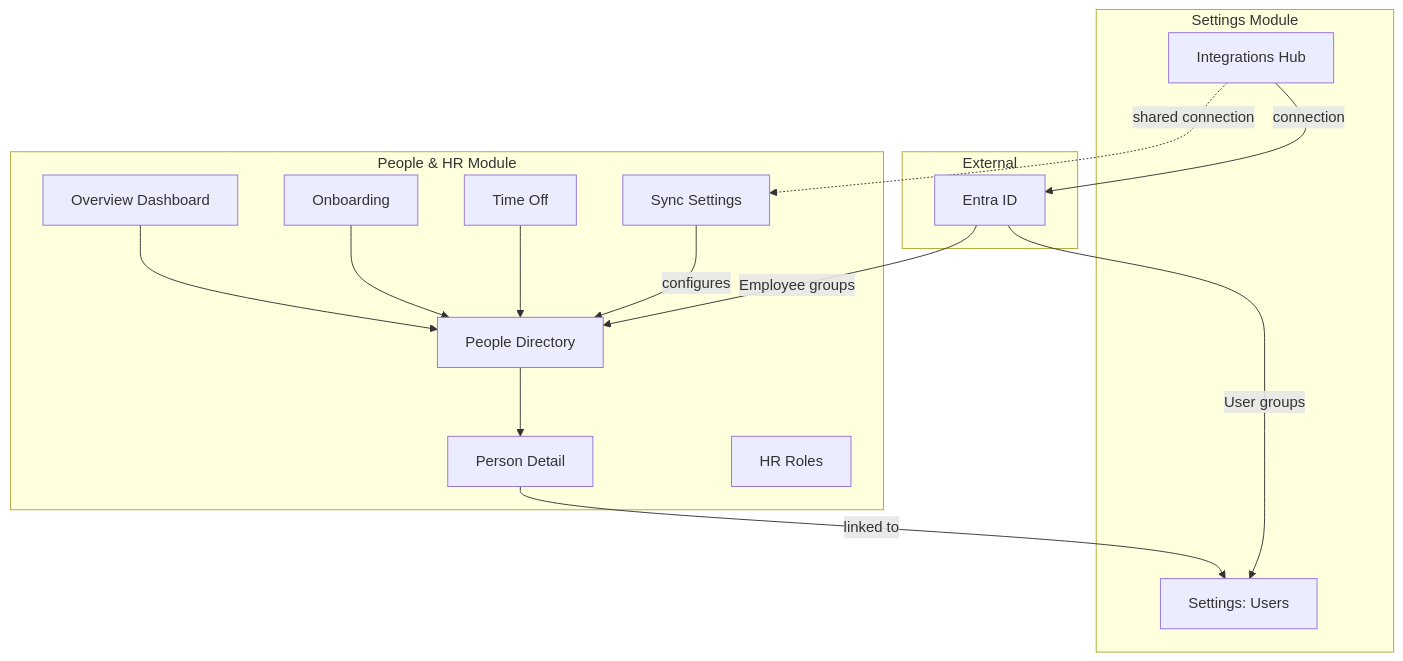
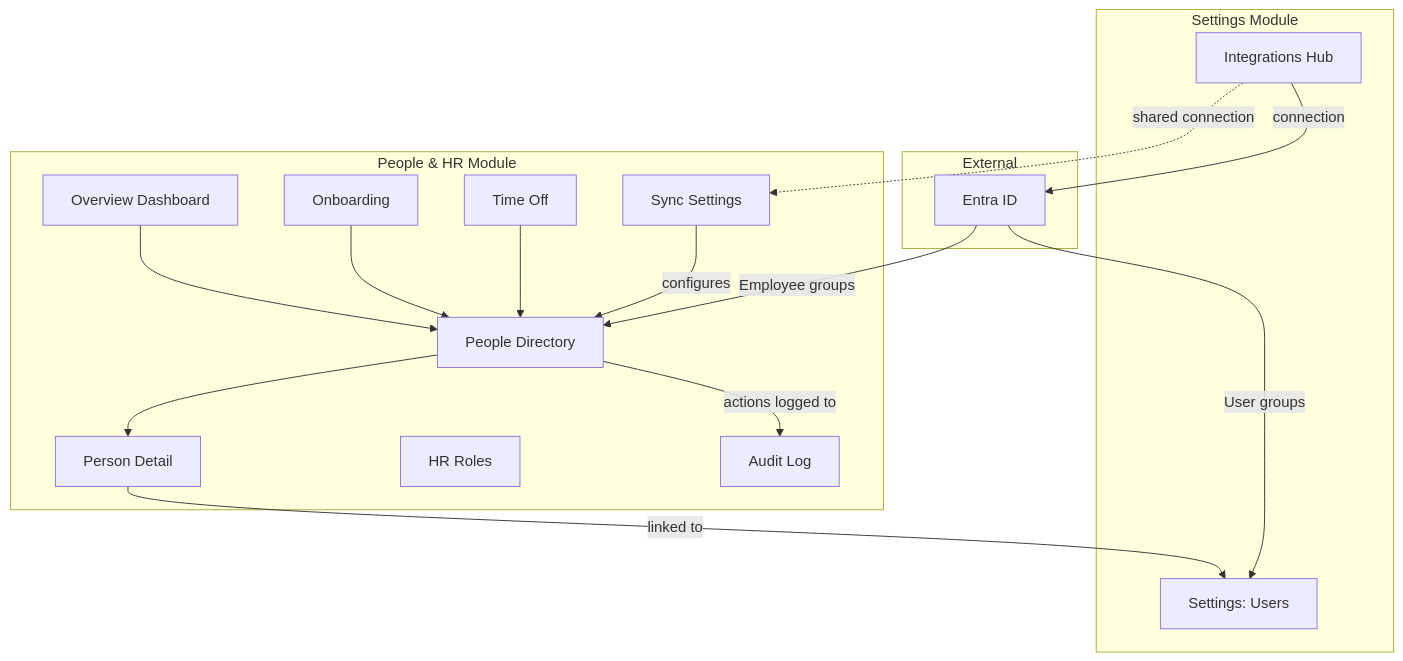
Before and after one commit to stellarsoft-tech/IdaraOS: the first of 18 diagrams in docs/modules/people/architecture.md, drawn with Mermaid. The commit also changed other lines of this file and 29 other files, not shown here.

````diff
--- a/docs/modules/people/architecture.md
+++ b/docs/modules/people/architecture.md
@@ -9,33 +9,35 @@
 ```mermaid
 graph TB
     subgraph "People & HR Module"
         OVERVIEW[Overview Dashboard]
         DIR[People Directory]
         DETAIL[Person Detail]
         ONBOARD[Onboarding]
         TIMEOFF[Time Off]
         ROLES[HR Roles]
         SYNC[Sync Settings]
+        AUDIT[Audit Log]
     end
     
     OVERVIEW --> DIR
     DIR --> DETAIL
     DETAIL --> |linked to| USERS[Settings: Users]
     ONBOARD --> DIR
     TIMEOFF --> DIR
     SYNC --> |configures| DIR
+    DIR --> |actions logged to| AUDIT
     
     subgraph "Settings Module"
         USERS
         INT[Integrations Hub]
     end
     
     subgraph "External"
         ENTRA[Entra ID]
     end
     
     INT --> |connection| ENTRA
     INT -.-> |shared connection| SYNC
     ENTRA --> |User groups| USERS
     ENTRA --> |Employee groups| DIR
 ```
````
